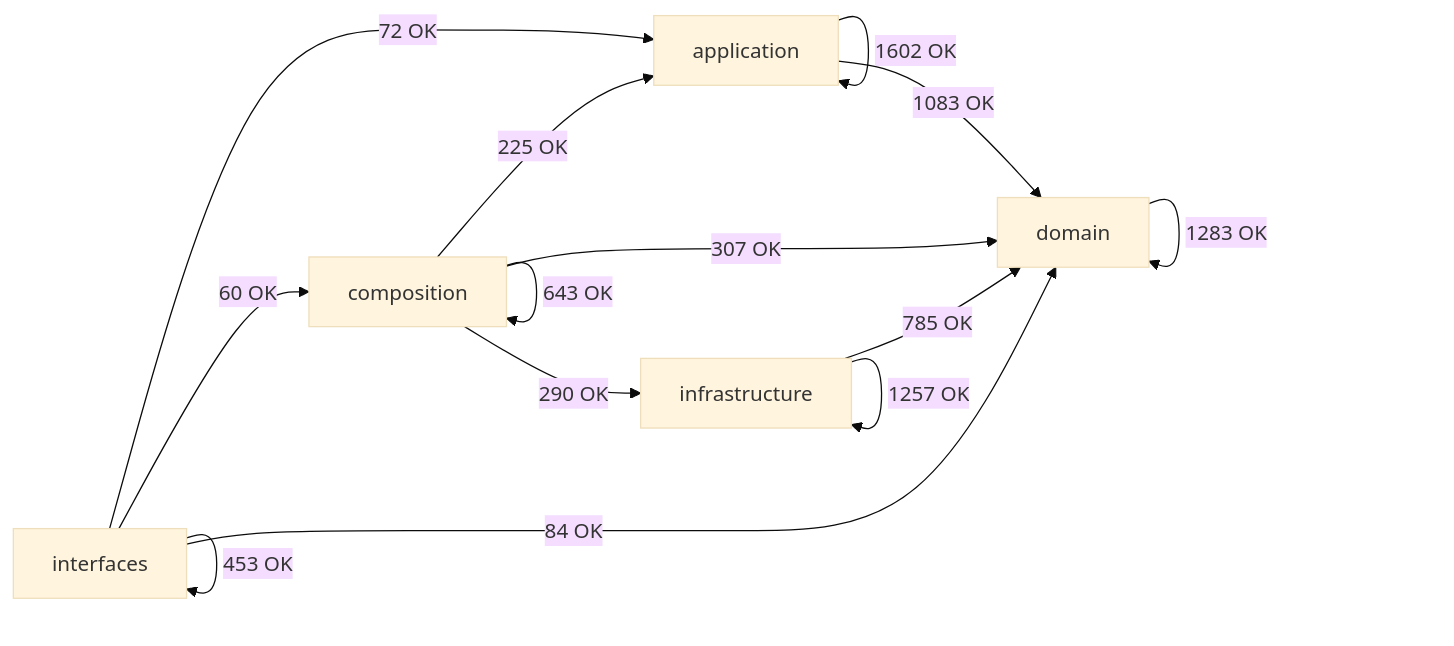
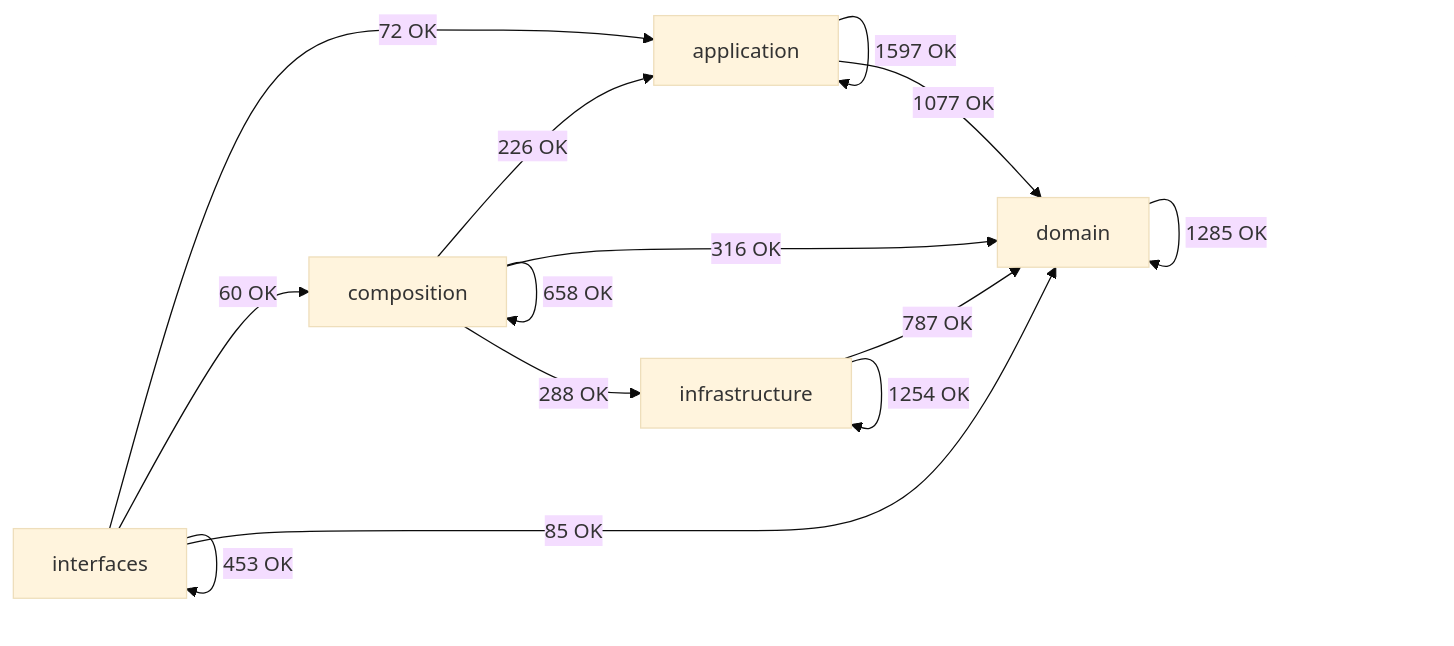
Before and after one commit to SatoryKono/BioactivityDataAcquisition: the diagram in docs/02-architecture/generated/module-dependency-map.md, drawn with Mermaid (base theme). The commit also changed other lines of this file and 1627 other files, not shown here.

````diff
--- a/docs/02-architecture/generated/module-dependency-map.md
+++ b/docs/02-architecture/generated/module-dependency-map.md
@@ -17,21 +17,21 @@
 ```mermaid
 flowchart LR
     domain[domain]
     application[application]
     infrastructure[infrastructure]
     composition[composition]
     interfaces[interfaces]
-    application -->|1602 OK| application
-    application -->|1083 OK| domain
-    composition -->|225 OK| application
-    composition -->|643 OK| composition
-    composition -->|307 OK| domain
-    composition -->|290 OK| infrastructure
-    domain -->|1283 OK| domain
-    infrastructure -->|785 OK| domain
-    infrastructure -->|1257 OK| infrastructure
+    application -->|1597 OK| application
+    application -->|1077 OK| domain
+    composition -->|226 OK| application
+    composition -->|658 OK| composition
+    composition -->|316 OK| domain
+    composition -->|288 OK| infrastructure
+    domain -->|1285 OK| domain
+    infrastructure -->|787 OK| domain
+    infrastructure -->|1254 OK| infrastructure
     interfaces -->|72 OK| application
     interfaces -->|60 OK| composition
-    interfaces -->|84 OK| domain
+    interfaces -->|85 OK| domain
     interfaces -->|453 OK| interfaces
 ```
````
